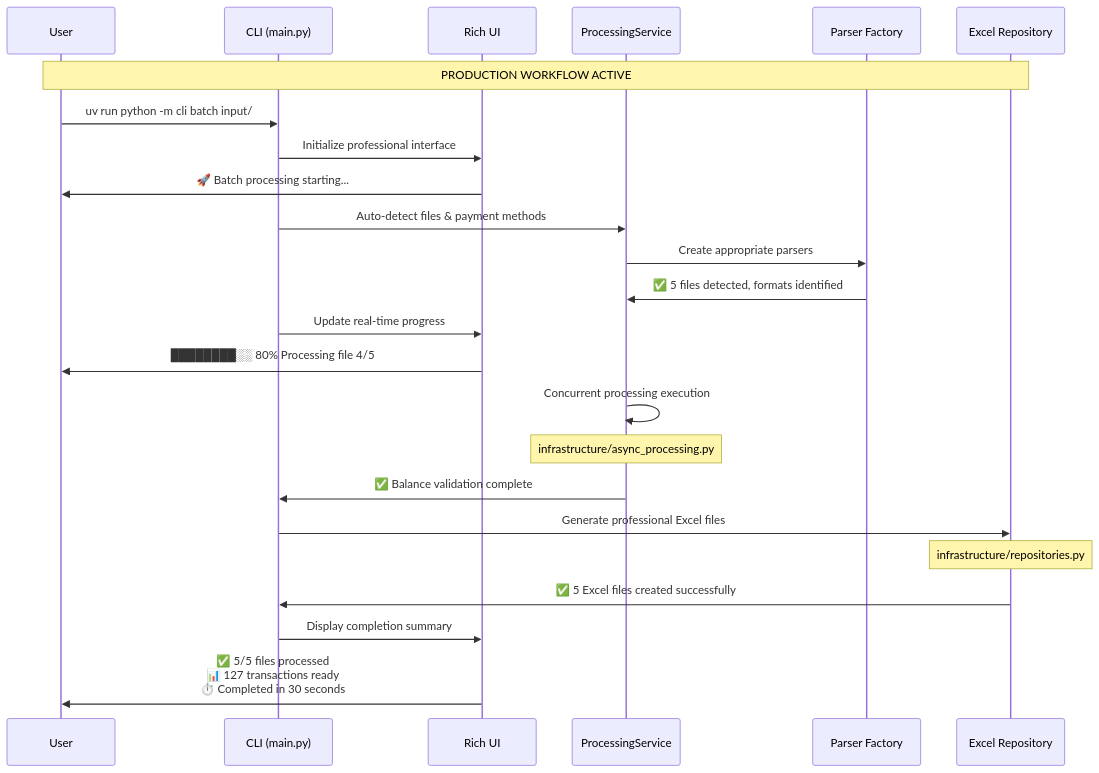
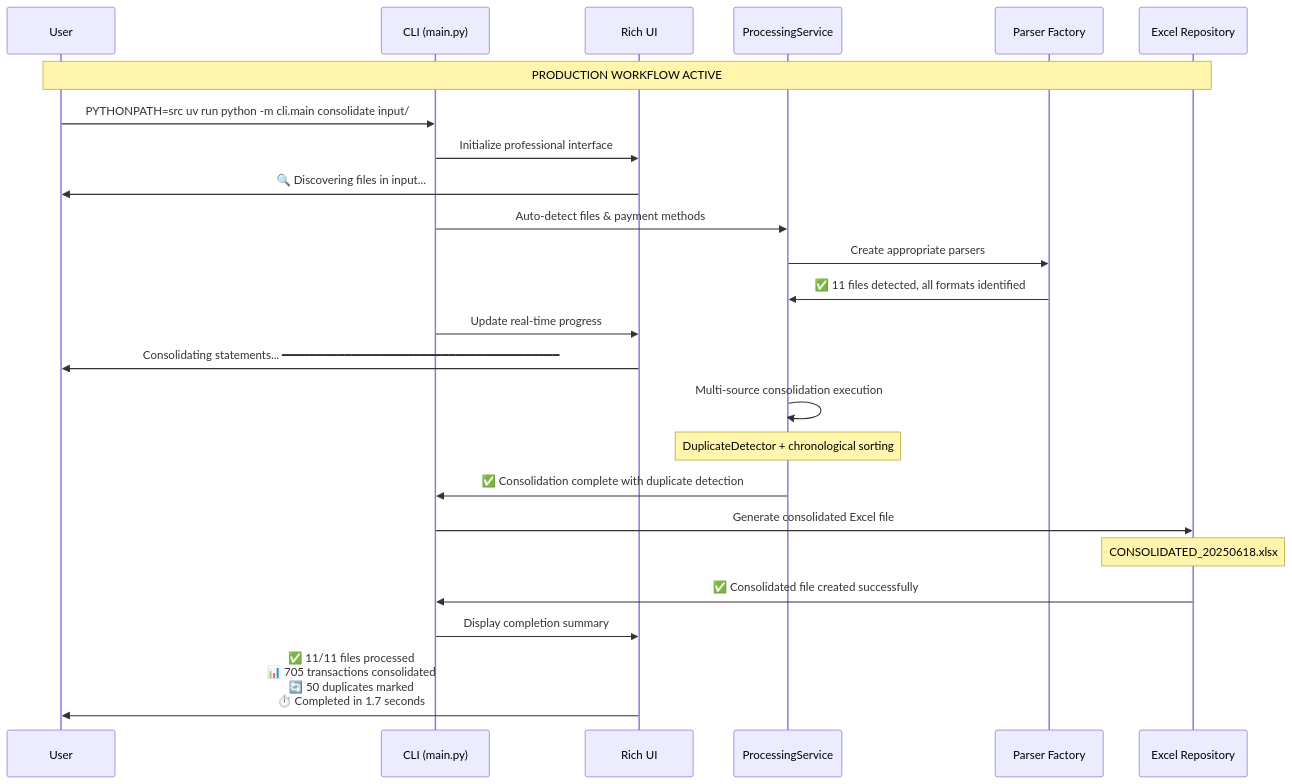
The sixth of 13 diagrams in memory-bank/activeContext.md (EduuardoPerez/financial-statement-processor), drawn with Mermaid before and after one commit. The commit also changed other lines of this file and 20 other files, not shown here.

````diff
--- a/memory-bank/activeContext.md
+++ b/memory-bank/activeContext.md
@@ -174,33 +174,33 @@
 ```mermaid
 sequenceDiagram
     participant User
     participant CLI as CLI (main.py)
     participant Rich as Rich UI
     participant Service as ProcessingService
     participant Parser as Parser Factory
     participant Output as Excel Repository
 
     Note over User,Output: PRODUCTION WORKFLOW ACTIVE
 
-    User->>CLI: uv run python -m cli batch input/
+    User->>CLI: PYTHONPATH=src uv run python -m cli.main consolidate input/
     CLI->>Rich: Initialize professional interface
-    Rich->>User: 🚀 Batch processing starting...
+    Rich->>User: 🔍 Discovering files in input...
 
     CLI->>Service: Auto-detect files & payment methods
     Service->>Parser: Create appropriate parsers
-    Parser->>Service: ✅ 5 files detected, formats identified
+    Parser->>Service: ✅ 11 files detected, all formats identified
 
     CLI->>Rich: Update real-time progress
-    Rich->>User: ████████░░ 80% Processing file 4/5
+    Rich->>User: Consolidating statements... ━━━━━━━━━━━━━━━━━━━━━━━━━━━━━━━━━━━━━━━━
 
-    Service->>Service: Concurrent processing execution
-    Note over Service: infrastructure/async_processing.py
+    Service->>Service: Multi-source consolidation execution
+    Note over Service: DuplicateDetector + chronological sorting
 
-    Service->>CLI: ✅ Balance validation complete
-    CLI->>Output: Generate professional Excel files
-    Note over Output: infrastructure/repositories.py
+    Service->>CLI: ✅ Consolidation complete with duplicate detection
+    CLI->>Output: Generate consolidated Excel file
+    Note over Output: CONSOLIDATED_20250618.xlsx
 
-    Output->>CLI: ✅ 5 Excel files created successfully
+    Output->>CLI: ✅ Consolidated file created successfully
     CLI->>Rich: Display completion summary
-    Rich->>User: ✅ 5/5 files processed<br/>📊 127 transactions ready<br/>⏱️ Completed in 30 seconds
+    Rich->>User: ✅ 11/11 files processed<br/>📊 705 transactions consolidated<br/>🔄 50 duplicates marked<br/>⏱️ Completed in 1.7 seconds
 ```
````
